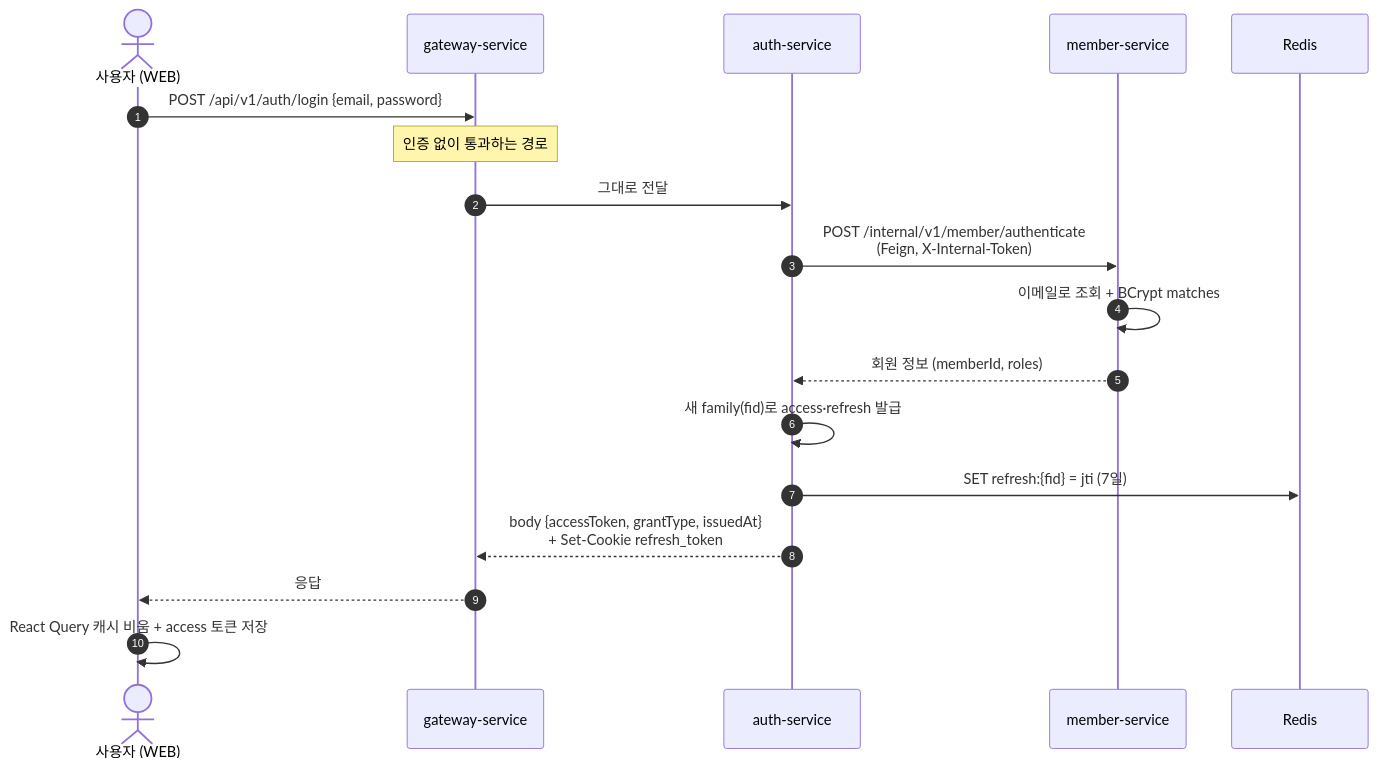
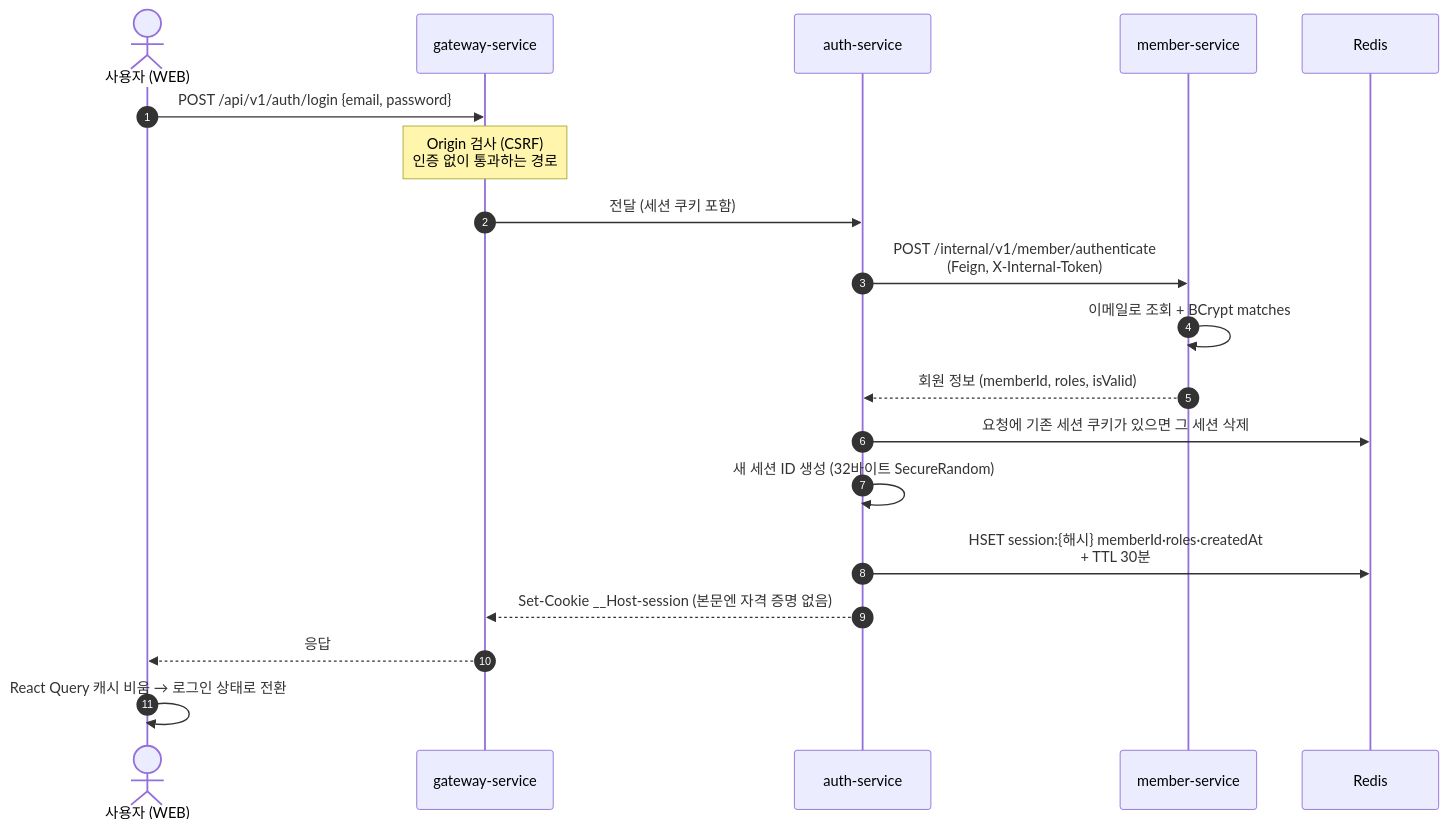
The first of 2 diagrams in .docs/spec/004-auth-spec.md (rivertw777/ModuDrive-API), drawn with Mermaid before and after one commit. The commit also changed other lines of this file and 5 other files, not shown here.

````diff
--- a/.docs/spec/004-auth-spec.md
+++ b/.docs/spec/004-auth-spec.md
@@ -107,21 +107,22 @@
 ```mermaid
 sequenceDiagram
     autonumber
     actor U as 사용자 (WEB)
     participant G as gateway-service
     participant A as auth-service
     participant M as member-service
     participant R as Redis
 
     U->>G: POST /api/v1/auth/login {email, password}
-    Note over G: 인증 없이 통과하는 경로
-    G->>A: 그대로 전달
+    Note over G: Origin 검사 (CSRF)<br/>인증 없이 통과하는 경로
+    G->>A: 전달 (세션 쿠키 포함)
     A->>M: POST /internal/v1/member/authenticate<br/>(Feign, X-Internal-Token)
     M->>M: 이메일로 조회 + BCrypt matches
-    M-->>A: 회원 정보 (memberId, roles)
-    A->>A: 새 family(fid)로 access·refresh 발급
-    A->>R: SET refresh:{fid} = jti (7일)
-    A-->>G: body {accessToken, grantType, issuedAt}<br/>+ Set-Cookie refresh_token
+    M-->>A: 회원 정보 (memberId, roles, isValid)
+    A->>R: 요청에 기존 세션 쿠키가 있으면 그 세션 삭제
+    A->>A: 새 세션 ID 생성 (32바이트 SecureRandom)
+    A->>R: HSET session:{해시} memberId·roles·createdAt<br/>+ TTL 30분
+    A-->>G: Set-Cookie __Host-session (본문엔 자격 증명 없음)
     G-->>U: 응답
-    U->>U: React Query 캐시 비움 + access 토큰 저장
+    U->>U: React Query 캐시 비움 → 로그인 상태로 전환
 ```
````
